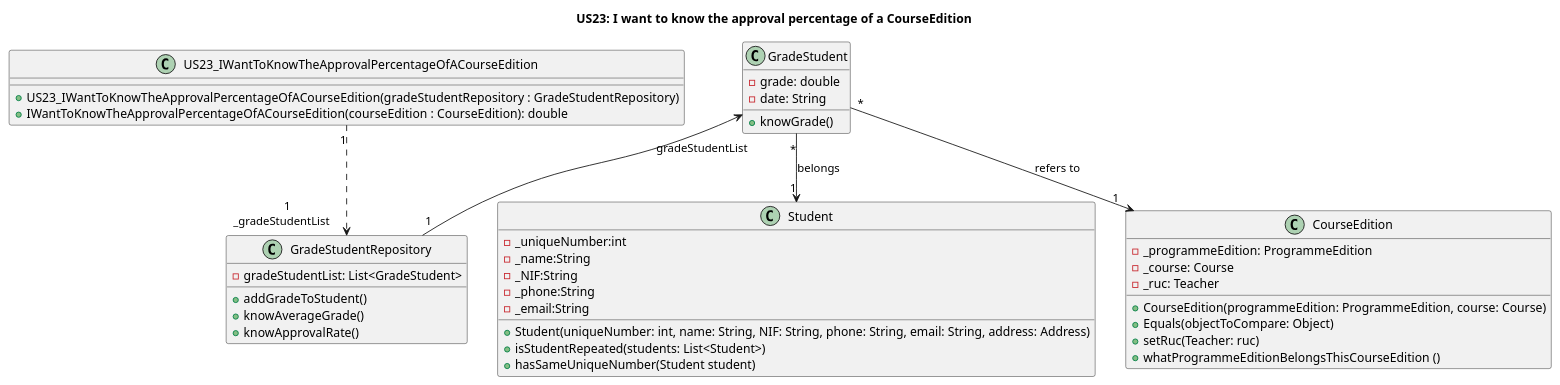
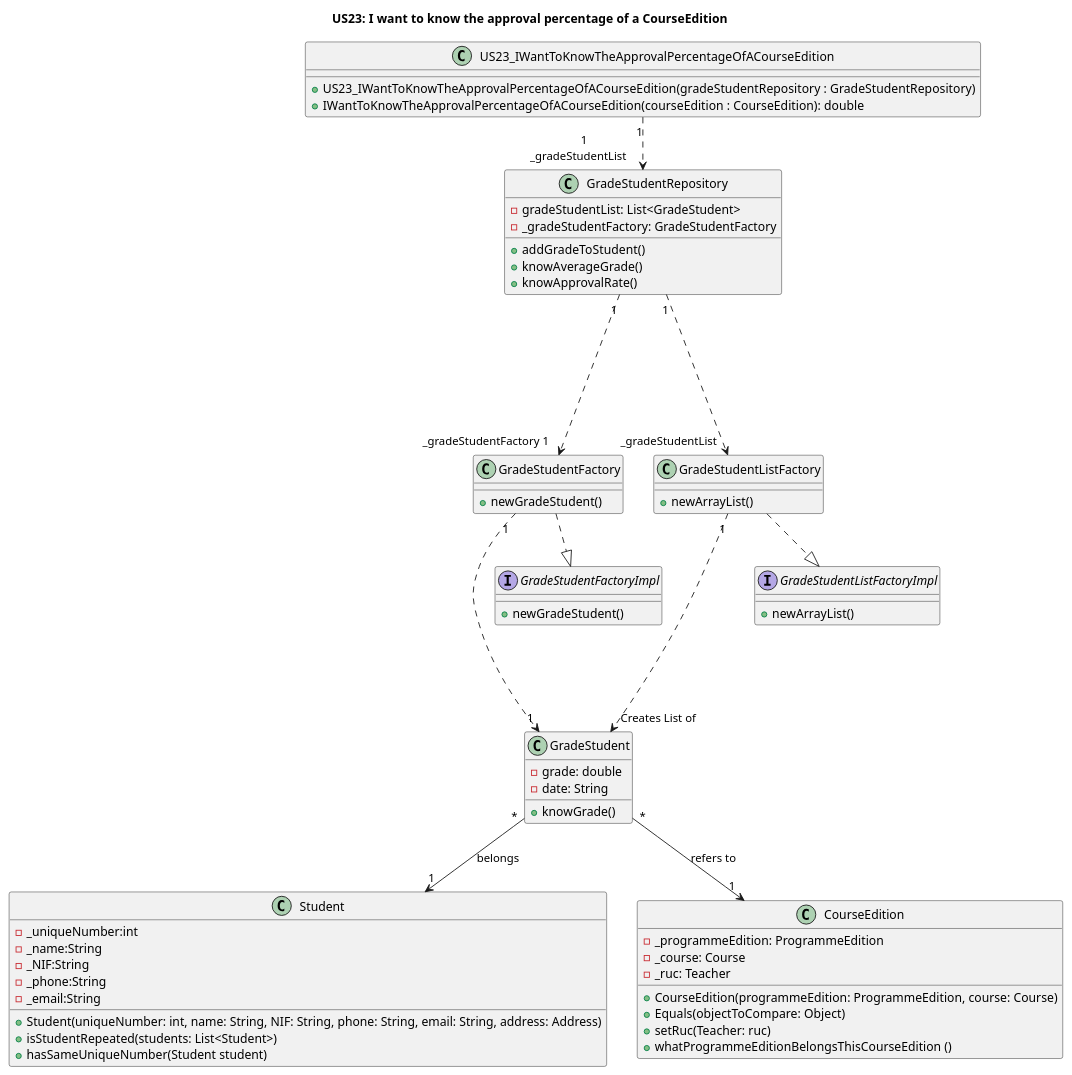
The diagram in docs/US23/US23_iWantToKnowTheApprovalPercentageOfCourseEditionClassDiagram.puml (GasparISEP/DevOps-PAI), drawn with PlantUML before and after one commit.

Commit message:
Fix #28: Updated Class Diagram with factories and Interfaces

```diff
--- a/docs/US23/US23_iWantToKnowTheApprovalPercentageOfCourseEditionClassDiagram.puml
+++ b/docs/US23/US23_iWantToKnowTheApprovalPercentageOfCourseEditionClassDiagram.puml
@@ -1,51 +1,74 @@
 @startuml
 title US23: I want to know the approval percentage of a CourseEdition
 'left to right direction
 
 class US23_IWantToKnowTheApprovalPercentageOfACourseEdition {
     +US23_IWantToKnowTheApprovalPercentageOfACourseEdition(gradeStudentRepository : GradeStudentRepository)
     +IWantToKnowTheApprovalPercentageOfACourseEdition(courseEdition : CourseEdition): double
 
 }
 
 class GradeStudent {
     -grade: double
     -date: String
     +knowGrade()
 }
 
 class GradeStudentRepository {
     -gradeStudentList: List<GradeStudent>
+    - _gradeStudentFactory: GradeStudentFactory
     +addGradeToStudent()
     +knowAverageGrade()
     +knowApprovalRate()
+}
+
+class GradeStudentFactory {
+    +newGradeStudent()
+}
+
+class GradeStudentListFactory {
+    +newArrayList()
+}
+
+Interface GradeStudentListFactoryImpl {
+    +newArrayList()
+}
+
+Interface GradeStudentFactoryImpl {
+    +newGradeStudent()
 }
 
 class Student {
     -_uniqueNumber:int
     -_name:String
     -_NIF:String
     -_phone:String
     -_email:String
     +Student(uniqueNumber: int, name: String, NIF: String, phone: String, email: String, address: Address)
     +isStudentRepeated(students: List<Student>)
     +hasSameUniqueNumber(Student student)
 }
 
 class CourseEdition {
     -_programmeEdition: ProgrammeEdition
     -_course: Course
     -_ruc: Teacher
     +CourseEdition(programmeEdition: ProgrammeEdition, course: Course)
     +Equals(objectToCompare: Object)
     +setRuc(Teacher: ruc)
     +whatProgrammeEditionBelongsThisCourseEdition ()
 }
 
 
 GradeStudent "*" --> "1" Student: belongs
 GradeStudent "*" --> "1" CourseEdition: refers to
+GradeStudentRepository "1" ....> "_gradeStudentFactory 1" GradeStudentFactory
+GradeStudentFactory "1" ....> "1" GradeStudent
+GradeStudentRepository "1" ....> "_gradeStudentList" GradeStudentListFactory
+GradeStudentListFactory  ..|>  GradeStudentListFactoryImpl
+GradeStudentFactory  ..|>  GradeStudentFactoryImpl
+GradeStudentListFactory "1" ....> "Creates List of" GradeStudent
+
 
 US23_IWantToKnowTheApprovalPercentageOfACourseEdition "1" ..> "1\n_gradeStudentList    " GradeStudentRepository
-GradeStudent "gradeStudentList" <-- "1" GradeStudentRepository
 @enduml
```
